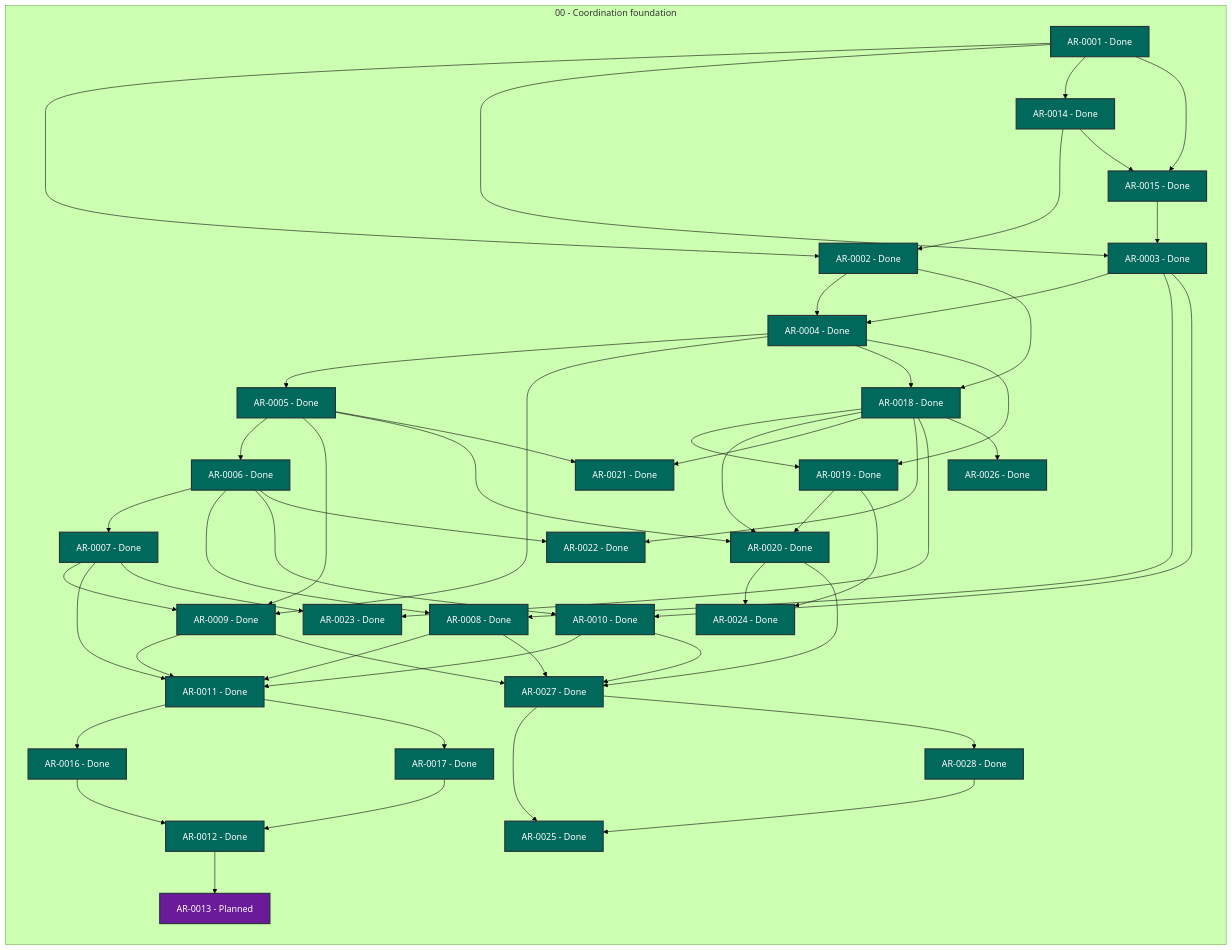
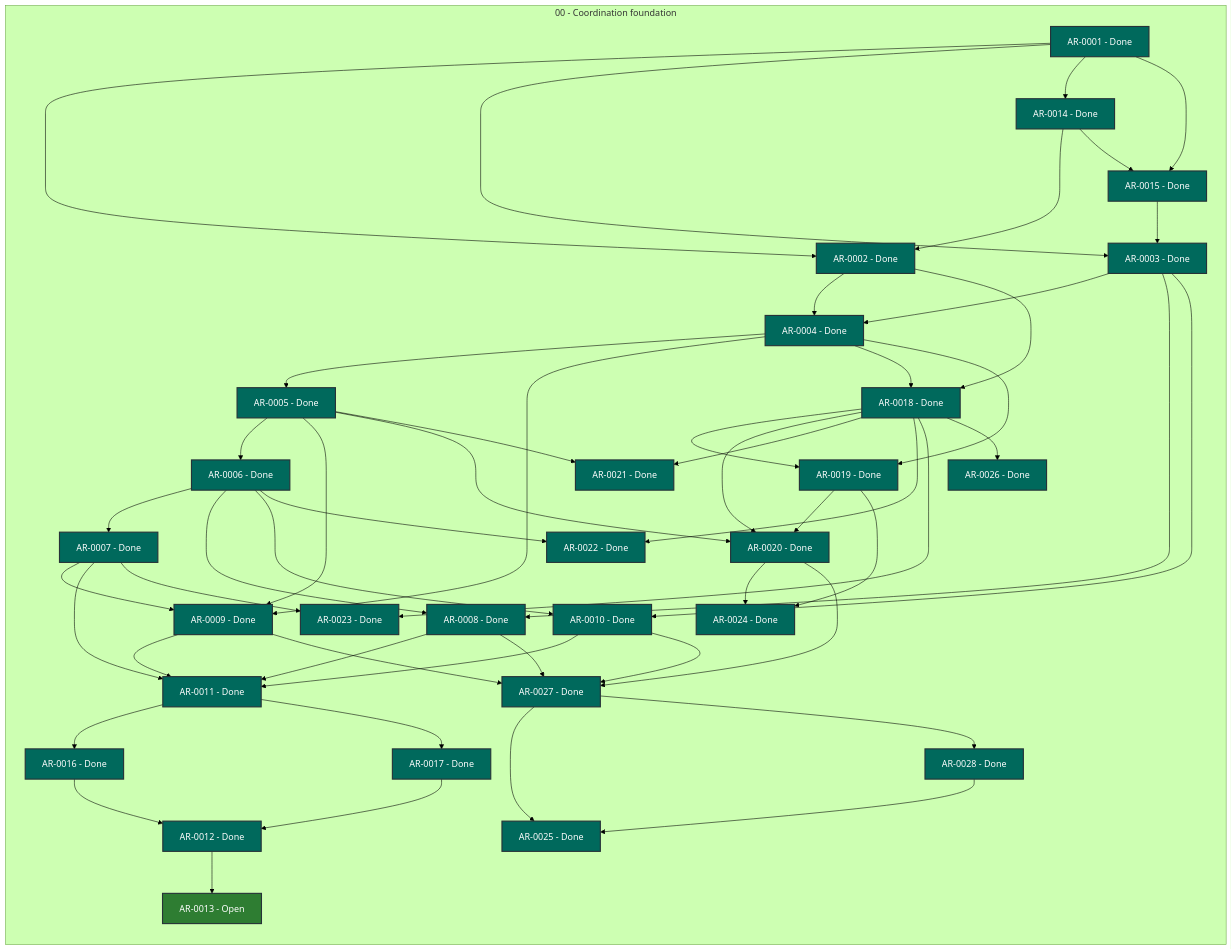
Before and after one commit to martin-beck/agent-workflow-tui-state: the diagram in STATUS.md, drawn with Mermaid (forest theme). The commit also changed other lines of this file and 2 other files, not shown here.

```diff
--- a/STATUS.md
+++ b/STATUS.md
@@ -40,7 +40,7 @@
         AR_0010["AR-0010 - Done"]:::status_done
         AR_0011["AR-0011 - Done"]:::status_done
         AR_0012["AR-0012 - Done"]:::status_done
-        AR_0013["AR-0013 - Planned"]:::status_planned
+        AR_0013["AR-0013 - Open"]:::status_open
         AR_0014["AR-0014 - Done"]:::status_done
         AR_0015["AR-0015 - Done"]:::status_done
         AR_0016["AR-0016 - Done"]:::status_done
```
